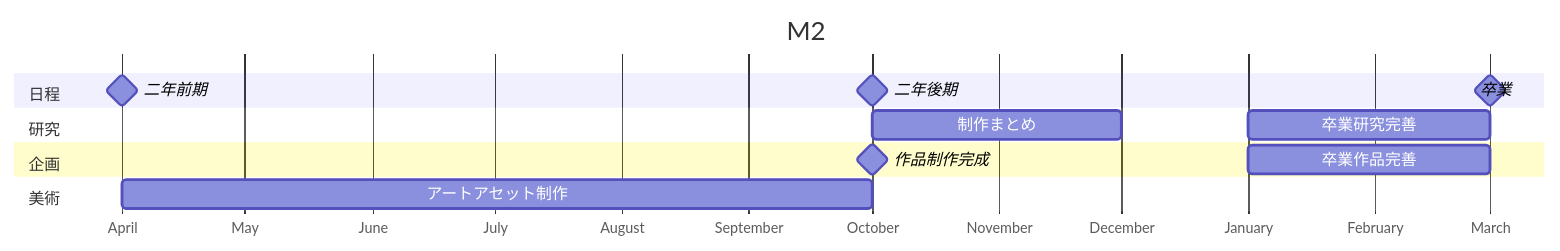
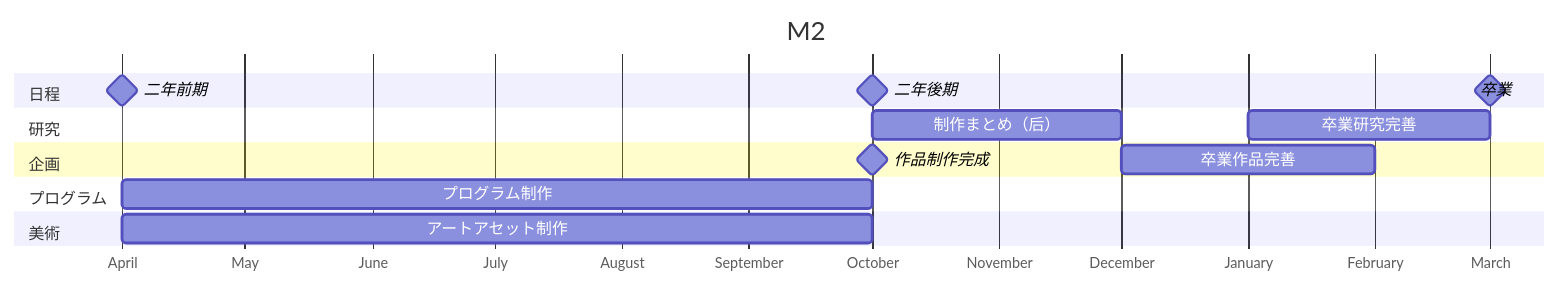
Before and after one commit to Kairitsuhou/digitalgarden: the third of 3 diagrams in src/site/notes/900.Publish/デジタルゲームにおける「視覚空間」デザイン研究：＜多视点＞の表現技法を中心に.md, drawn with Mermaid. The commit also changed other lines of this file, not shown here.

````diff
--- a/src/site/notes/900.Publish/デジタルゲームにおける「視覚空間」デザイン研究：＜多视点＞の表現技法を中心に.md
+++ b/src/site/notes/900.Publish/デジタルゲームにおける「視覚空間」デザイン研究：＜多视点＞の表現技法を中心に.md
@@ -135,28 +152,29 @@
 ```mermaid
 ---
 displayMode: compact 
 ---
 gantt
 	title M2
     dateFormat YYYY-MM
     axisFormat %B
 	
 	section 日程
 	二年前期:milestone,2026-04,0d
 	二年後期:milestone,2026-10,0d
 	卒業:milestone,2027-03,0d
 	
 	section 研究
-	制作まとめ:2026-10,2M
+	制作まとめ（后）:2026-10,2M
 	卒業研究完善:2027-01,2M
 	
 	section 企画
 	作品制作完成:milestone,2026-10,0d
-	卒業作品完善:k2,2027-01,2M
+	卒業作品完善:k2,2026-12,2M
 	
 	section プログラム
+	プログラム制作:2026-04,6M
 	
 	section 美術
 	アートアセット制作:2026-04,6M
 	
 ```
````
